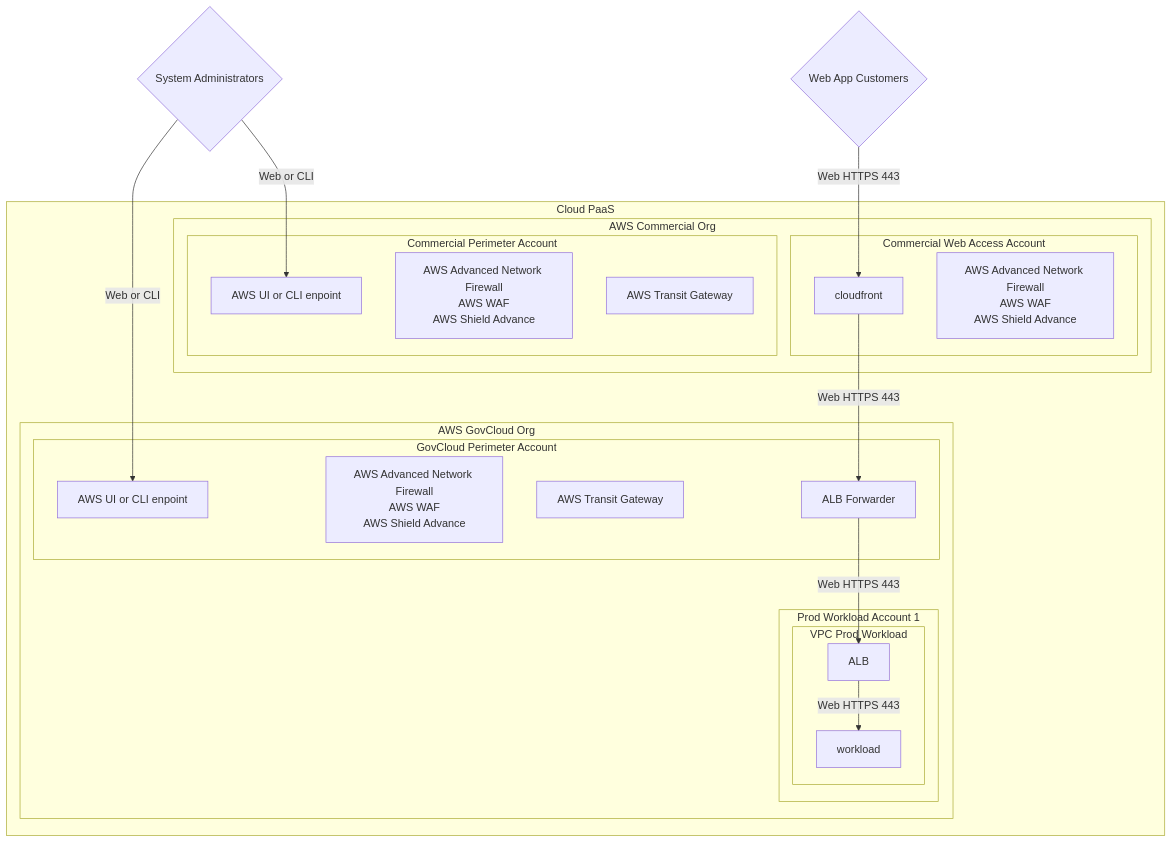
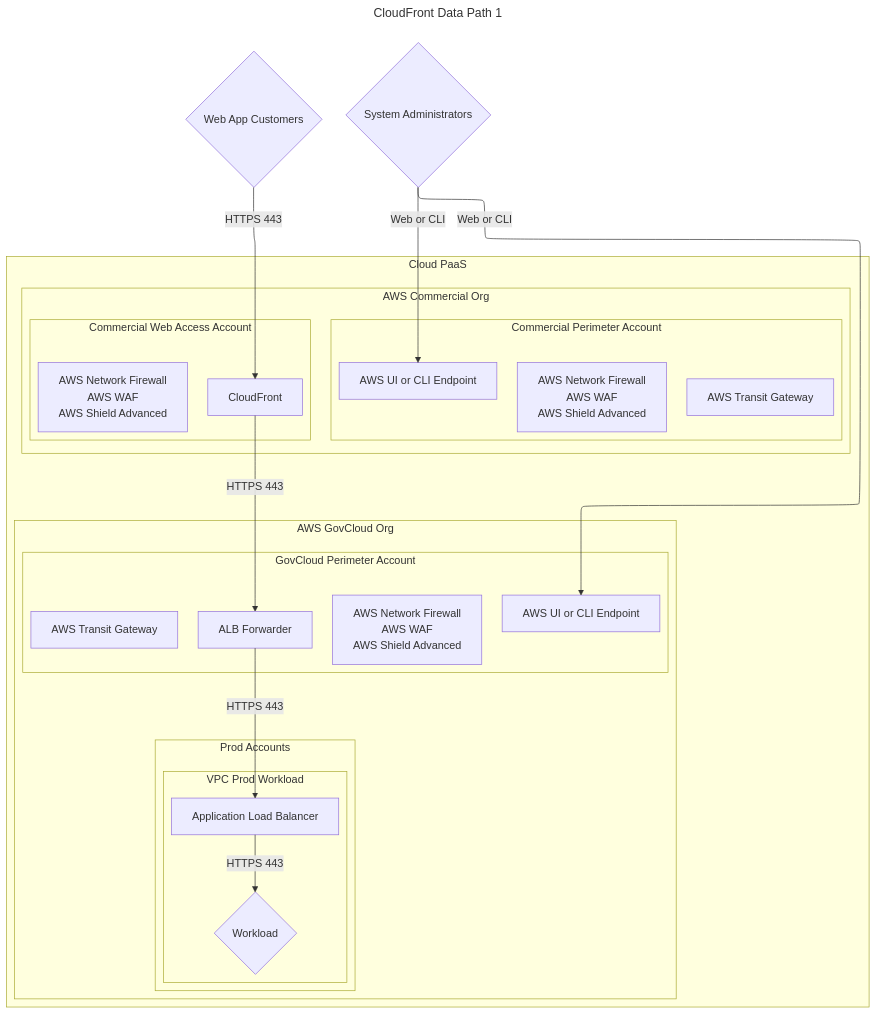
The diagram in mermaid_diagrams/cloudfront-data-path1.mmd (MyNameIsMissing/example-projects), drawn with Mermaid before and after one commit. The commit also changed 1 other file, not shown here.

```diff
--- a/mermaid_diagrams/cloudfront-data-path1.mmd
+++ b/mermaid_diagrams/cloudfront-data-path1.mmd
@@ -1,47 +1,49 @@
-%%CF direct
+---
+title: CloudFront Data Path 1
+theme: base
+config:
+  layout: elk
+  elk:
+    mergeEdges: true
+---
 
-flowchart TD
+flowchart TB
 
 %%External entities or services
 customer{Web App Customers}
 admin{System Administrators}
 
 %%Accreditation boundary
 subgraph Cloud PaaS
   subgraph AWS Commercial Org
     subgraph Commercial Web Access Account
-      cloudfront[cloudfront]
-      awsnetfirewallWeb[AWS Advanced Network Firewall<br>AWS WAF<br>AWS Shield Advance]
+      cloudfront[CloudFront]
+      awsnetfirewallWeb[AWS Network Firewall<br>AWS WAF<br>AWS Shield Advanced]
     end
     subgraph Commercial Perimeter Account
-      awsEndpointCom[AWS UI or CLI enpoint]
-      awsnetfirewallPer[AWS Advanced Network Firewall<br>AWS WAF<br>AWS Shield Advance]
+      awsEndpointCom[AWS UI or CLI Endpoint]
+      awsnetfirewallPer[AWS Network Firewall<br>AWS WAF<br>AWS Shield Advanced]
       awsXit[AWS Transit Gateway]
     end
   end
 
   subgraph AWS GovCloud Org
-      subgraph GovCloud Perimeter Account
-      awsEndpointGov[AWS UI or CLI enpoint]
-      awsnetfirewallGov[AWS Advanced Network Firewall<br>AWS WAF<br>AWS Shield Advance]
+    subgraph GovCloud Perimeter Account
+      awsEndpointGov[AWS UI or CLI Endpoint]
+      awsnetfirewallGov[AWS Network Firewall<br>AWS WAF<br>AWS Shield Advanced]
       awsXitGov[AWS Transit Gateway]
       albForwarderGov[ALB Forwarder]
+    end
+    subgraph Prod Accounts
+      subgraph VPC Prod Workload
+        wALB1[Application Load Balancer]
+        workload1{Workload}
       end
-      subgraph prod1[Prod Workload Account 1]
-        subgraph VPC Prod Workload
-          wALB1[ALB]
-          workload1[workload]
-        end
-      end
-
+    end
   end
-
 end
 
 %%Connections
-customer -- Web HTTPS 443 --> cloudfront
-cloudfront -- Web HTTPS 443 --> albForwarderGov
-albForwarderGov  -- Web HTTPS 443 --> wALB1
-wALB1 -- Web HTTPS 443 --> workload1
-admin -- Web or CLI --> awsEndpointCom
-admin -- Web or CLI --> awsEndpointGov
+customer -->|HTTPS 443| cloudfront -->|HTTPS 443| albForwarderGov -->|HTTPS 443| wALB1 -->|HTTPS 443| workload1
+admin -->|Web or CLI| awsEndpointCom
+admin -->|Web or CLI| awsEndpointGov
```
